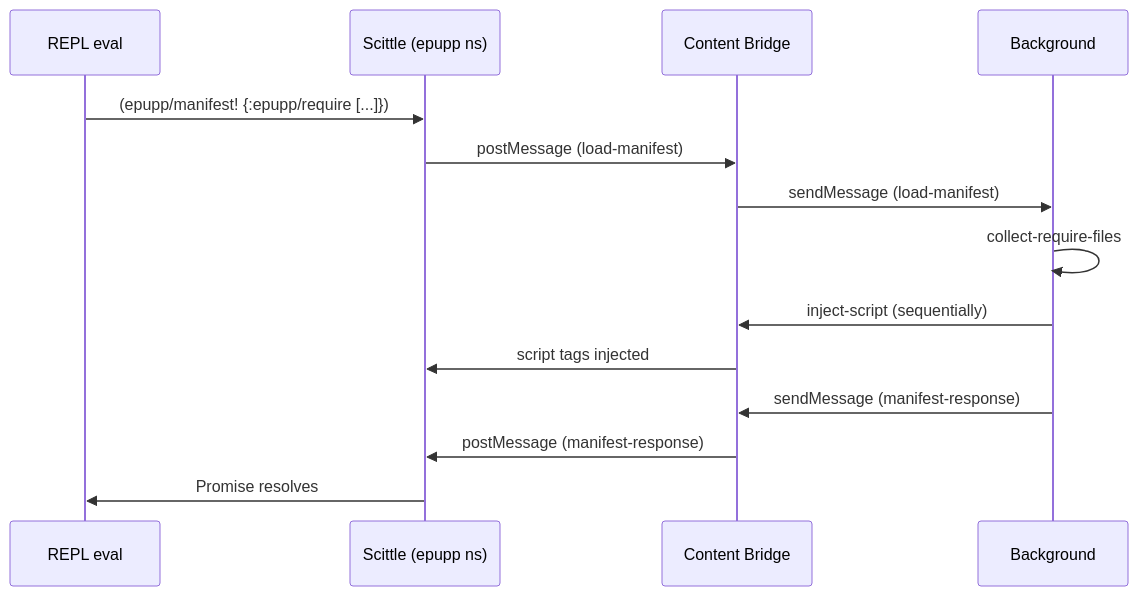
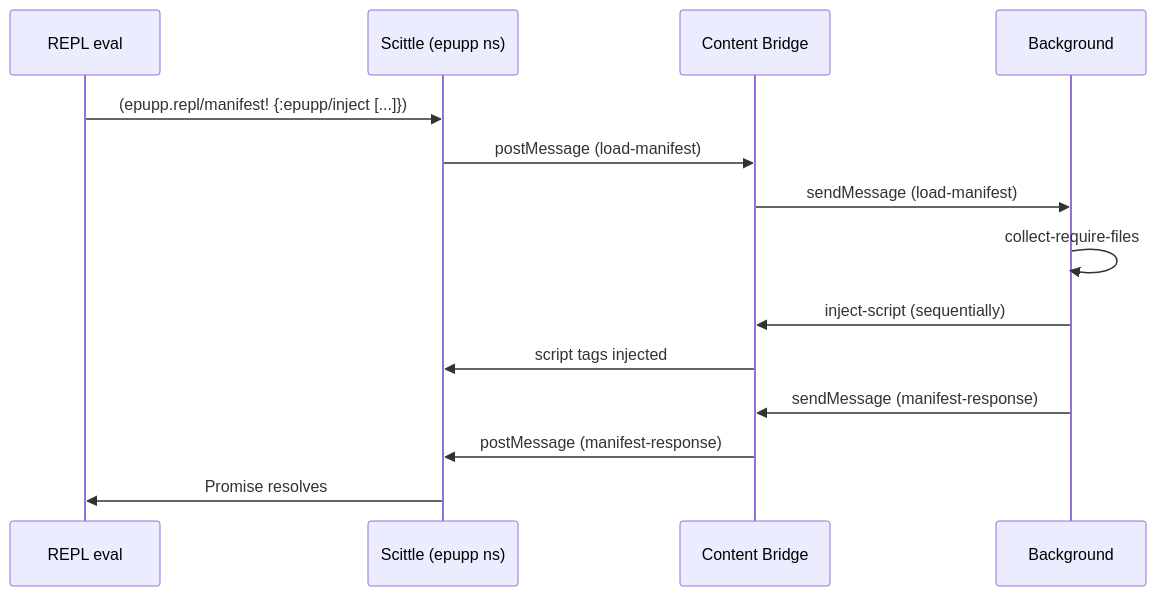
One commit to PEZ/epupp changed the second of 2 diagrams in dev/docs/architecture/connected-repl.md. Above: the diagram before and after it, drawn with Mermaid. The commit also changed other lines of this file and 12 other files, not shown here.

````diff
--- a/dev/docs/architecture/connected-repl.md
+++ b/dev/docs/architecture/connected-repl.md
@@ -89,17 +89,17 @@
 ```mermaid
 sequenceDiagram
     participant REPL as REPL eval
     participant Scittle as Scittle (epupp ns)
     participant CB as Content Bridge
     participant BG as Background
 
-    REPL->>Scittle: (epupp/manifest! {:epupp/require [...]})
+    REPL->>Scittle: (epupp.repl/manifest! {:epupp/inject [...]})
     Scittle->>CB: postMessage (load-manifest)
     CB->>BG: sendMessage (load-manifest)
     BG->>BG: collect-require-files
     BG->>CB: inject-script (sequentially)
     CB->>Scittle: script tags injected
     BG->>CB: sendMessage (manifest-response)
     CB->>Scittle: postMessage (manifest-response)
     Scittle->>REPL: Promise resolves
 ```
````
